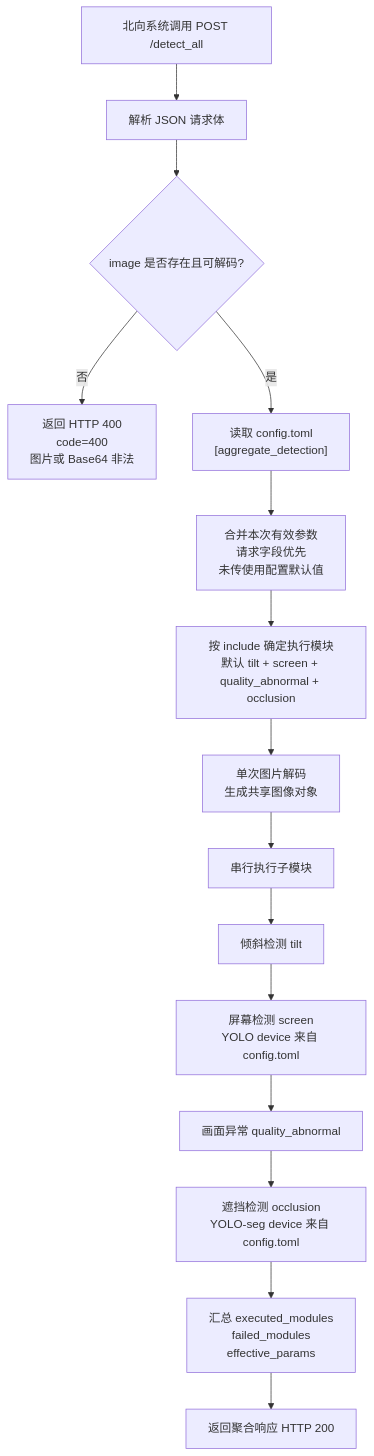
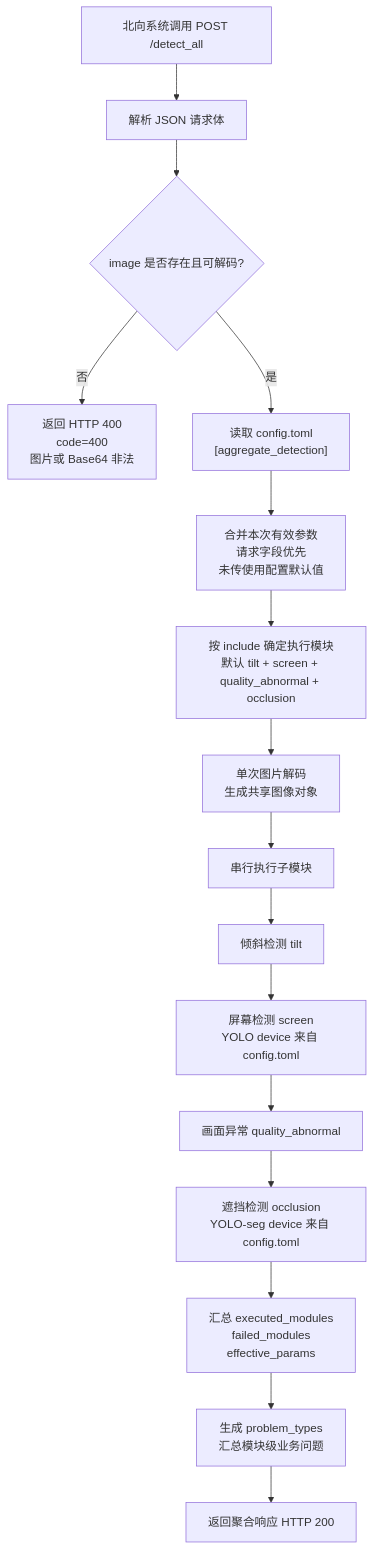
One commit to ZhangShen55/jy-algorithm-app-screen_det-server changed the first of 3 diagrams in openspec/changes/add-detect-all-aggregate-endpoint/design.md. Above: the diagram before and after it, drawn with Mermaid. The commit also changed other lines of this file and 3 other files, not shown here.

````diff
--- a/openspec/changes/add-detect-all-aggregate-endpoint/design.md
+++ b/openspec/changes/add-detect-all-aggregate-endpoint/design.md
@@ -275,17 +305,18 @@
 ```mermaid
 flowchart TD
     A["北向系统调用 POST /detect_all"] --> B["解析 JSON 请求体"]
     B --> C{"image 是否存在且可解码?"}
     C -- "否" --> D["返回 HTTP 400<br/>code=400<br/>图片或 Base64 非法"]
     C -- "是" --> E["读取 config.toml<br/>[aggregate_detection]"]
     E --> F["合并本次有效参数<br/>请求字段优先<br/>未传使用配置默认值"]
     F --> G["按 include 确定执行模块<br/>默认 tilt + screen + quality_abnormal + occlusion"]
     G --> H["单次图片解码<br/>生成共享图像对象"]
     H --> I["串行执行子模块"]
     I --> J["倾斜检测 tilt"]
     J --> K["屏幕检测 screen<br/>YOLO device 来自 config.toml"]
     K --> L["画面异常 quality_abnormal"]
     L --> M["遮挡检测 occlusion<br/>YOLO-seg device 来自 config.toml"]
     M --> N["汇总 executed_modules<br/>failed_modules<br/>effective_params"]
-    N --> O["返回聚合响应 HTTP 200"]
+    N --> P["生成 problem_types<br/>汇总模块级业务问题"]
+    P --> O["返回聚合响应 HTTP 200"]
 ```
````
